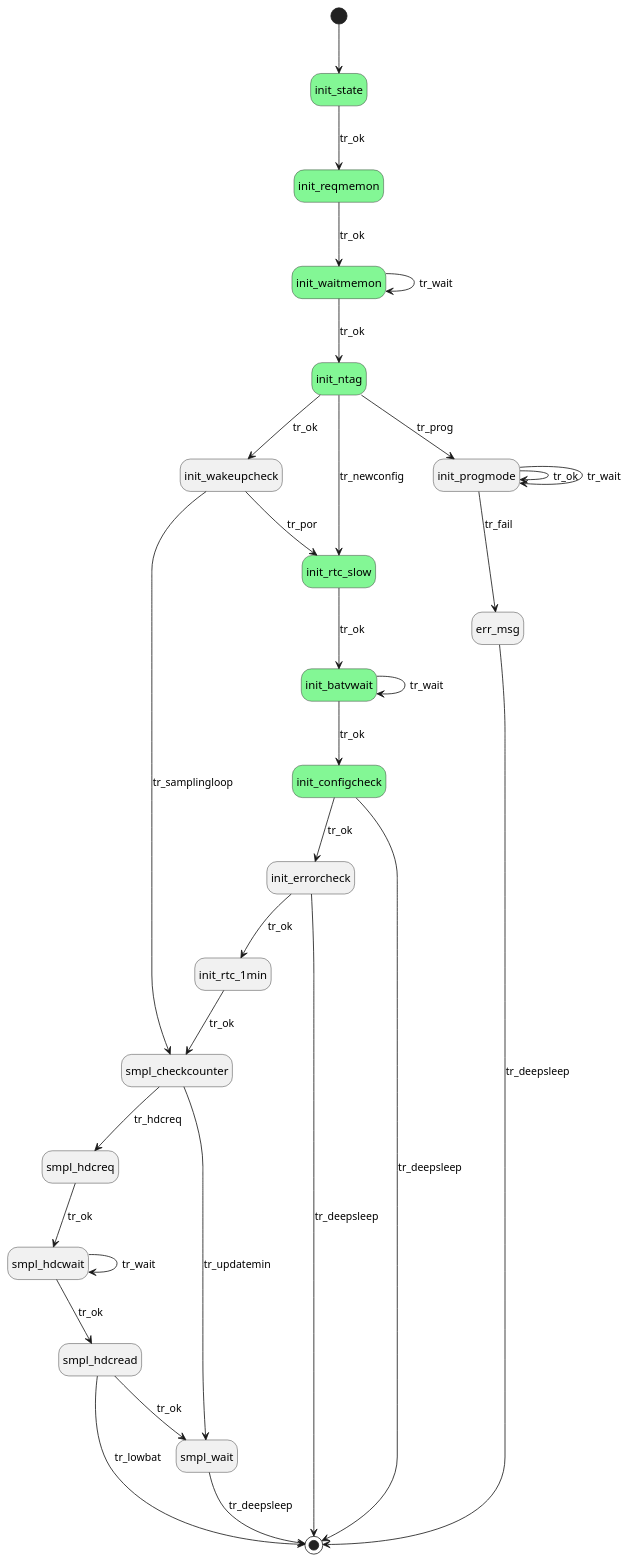
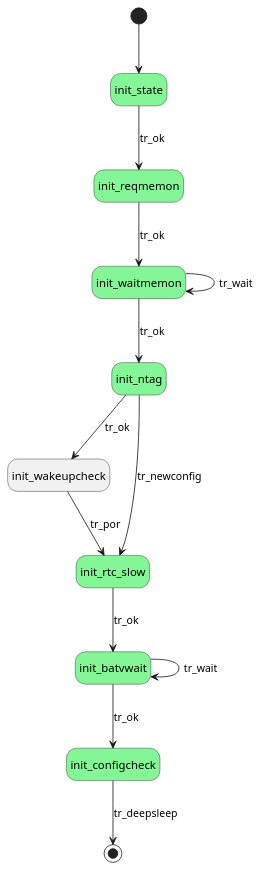
The diagram in docs/firmware/statechart/unconfigured.rst (cuplsensor/cupltag), drawn with PlantUML before and after one commit. The commit also changed 3 other files, not shown here.

Commit message:
Removed unused states from the state charts

```diff
--- a/docs/firmware/statechart/unconfigured.rst
+++ b/docs/firmware/statechart/unconfigured.rst
@@ -6,55 +6,28 @@
 .. uml::
    :caption: Startup does not continue when the configuration is incomplete.
    :width: 100%
 
    @startuml
         hide empty description
         [*] --> init_state
 
         init_state #83f795 --> init_reqmemon: tr_ok
 
         init_reqmemon #83f795 --> init_waitmemon: tr_ok
 
         init_waitmemon #83f795 --> init_ntag: tr_ok
         init_waitmemon --> init_waitmemon: tr_wait
 
         init_ntag #83f795 --> init_wakeupcheck: tr_ok
         init_ntag --> init_rtc_slow: tr_newconfig
-        init_ntag --> init_progmode: tr_prog
-
-        init_progmode  --> init_progmode: tr_ok
-        init_progmode --> init_progmode: tr_wait
-        init_progmode --> err_msg: tr_fail
 
         init_wakeupcheck --> init_rtc_slow: tr_por
-        init_wakeupcheck --> smpl_checkcounter: tr_samplingloop
 
         init_rtc_slow #83f795  --> init_batvwait: tr_ok
         
         init_batvwait #83f795 --> init_configcheck: tr_ok
         init_batvwait --> init_batvwait: tr_wait
 
-        init_configcheck #83f795 --> init_errorcheck: tr_ok
-        init_configcheck --> [*]: tr_deepsleep
-
-        init_errorcheck  --> init_rtc_1min: tr_ok
-        init_errorcheck --> [*]: tr_deepsleep
-
-        init_rtc_1min  --> smpl_checkcounter: tr_ok
-
-        smpl_checkcounter   --> smpl_hdcreq: tr_hdcreq
-        smpl_checkcounter --> smpl_wait: tr_updatemin
-
-        smpl_hdcreq  --> smpl_hdcwait: tr_ok
-
-        smpl_hdcwait   --> smpl_hdcread: tr_ok
-        smpl_hdcwait --> smpl_hdcwait: tr_wait
-
-        smpl_hdcread  --> smpl_wait: tr_ok
-        smpl_hdcread --> [*]: tr_lowbat
-
-        smpl_wait   --> [*]: tr_deepsleep
-
-        err_msg  --> [*]: tr_deepsleep
+        init_configcheck #83f795  --> [*]: tr_deepsleep
 
         @enduml
```
